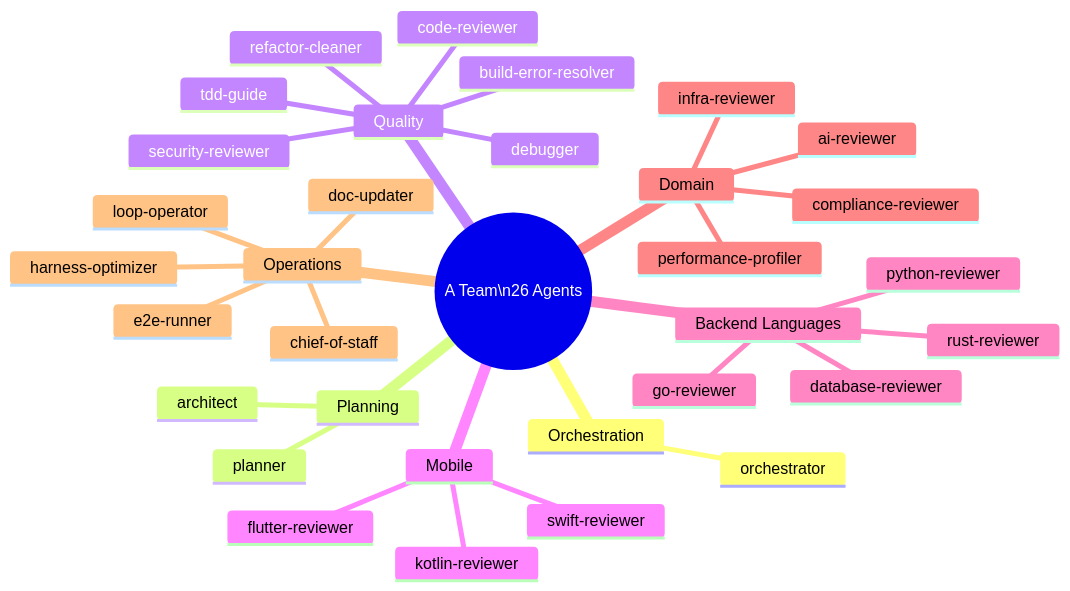
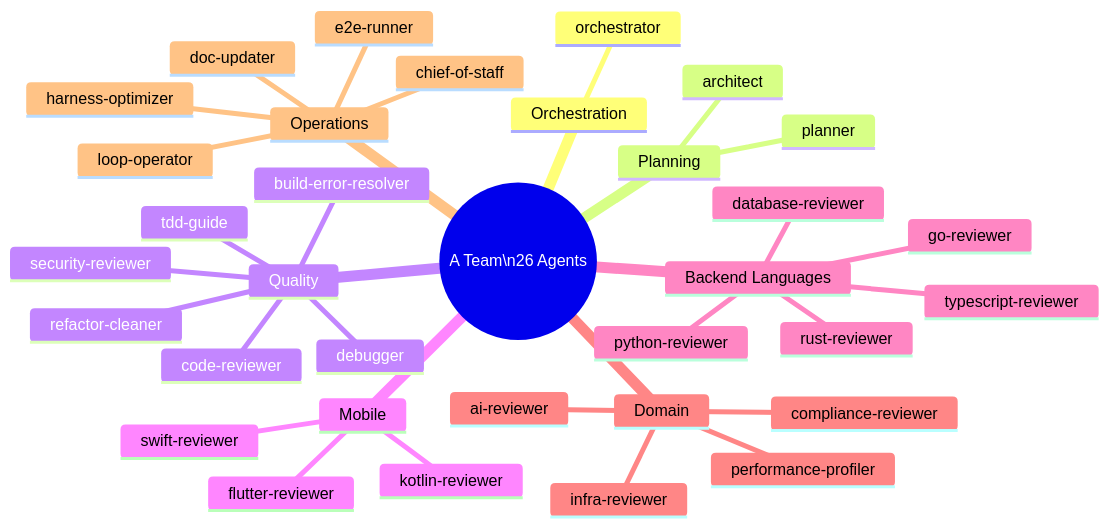
The third of 4 diagrams in docs/overview.md (RBraga01/a-team), drawn with Mermaid before and after one commit. The commit also changed other lines of this file and 20 other files, not shown here.

````diff
--- a/docs/overview.md
+++ b/docs/overview.md
@@ -127,36 +128,37 @@
 ```mermaid
 mindmap
   root((A Team\n26 Agents))
     Orchestration
       orchestrator
     Planning
       architect
       planner
     Quality
       code-reviewer
       security-reviewer
       tdd-guide
       debugger
       refactor-cleaner
       build-error-resolver
     Mobile
       kotlin-reviewer
       swift-reviewer
       flutter-reviewer
     Backend Languages
       go-reviewer
       python-reviewer
       rust-reviewer
       database-reviewer
+      typescript-reviewer
     Domain
       infra-reviewer
       compliance-reviewer
       ai-reviewer
       performance-profiler
     Operations
       harness-optimizer
       loop-operator
       e2e-runner
       doc-updater
       chief-of-staff
 ```
````
